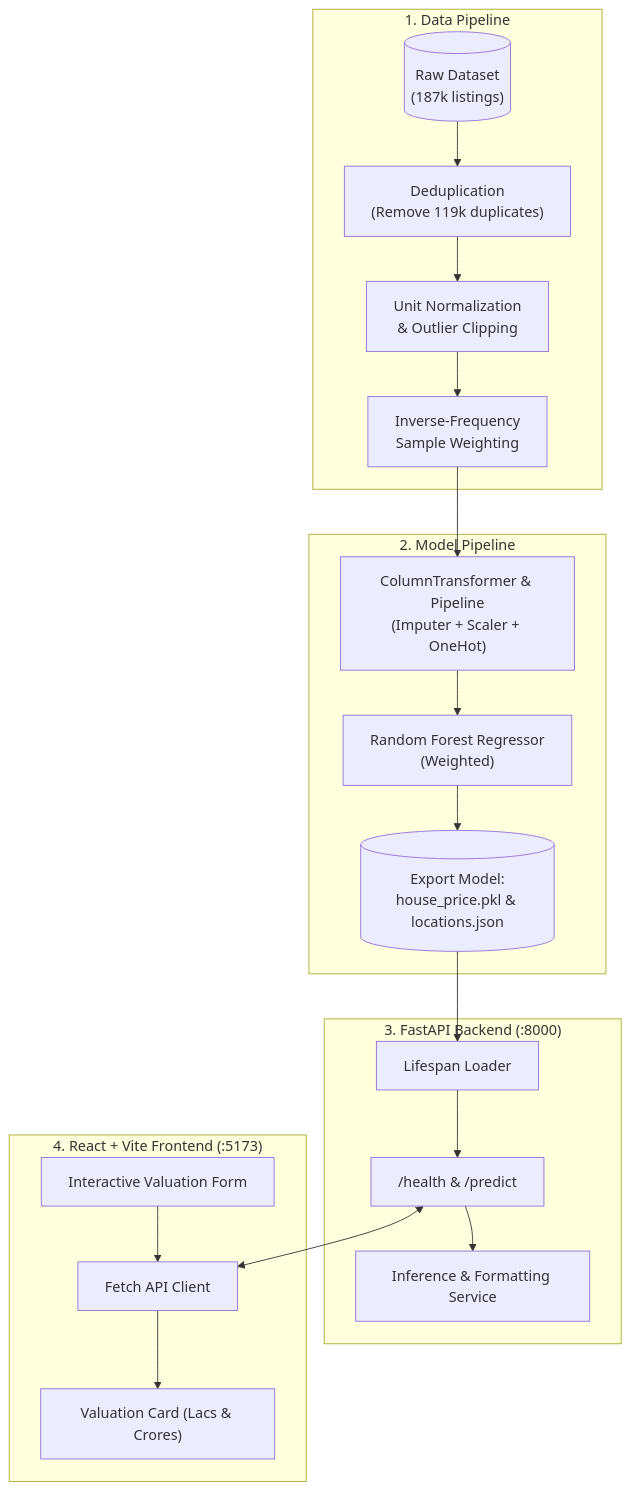
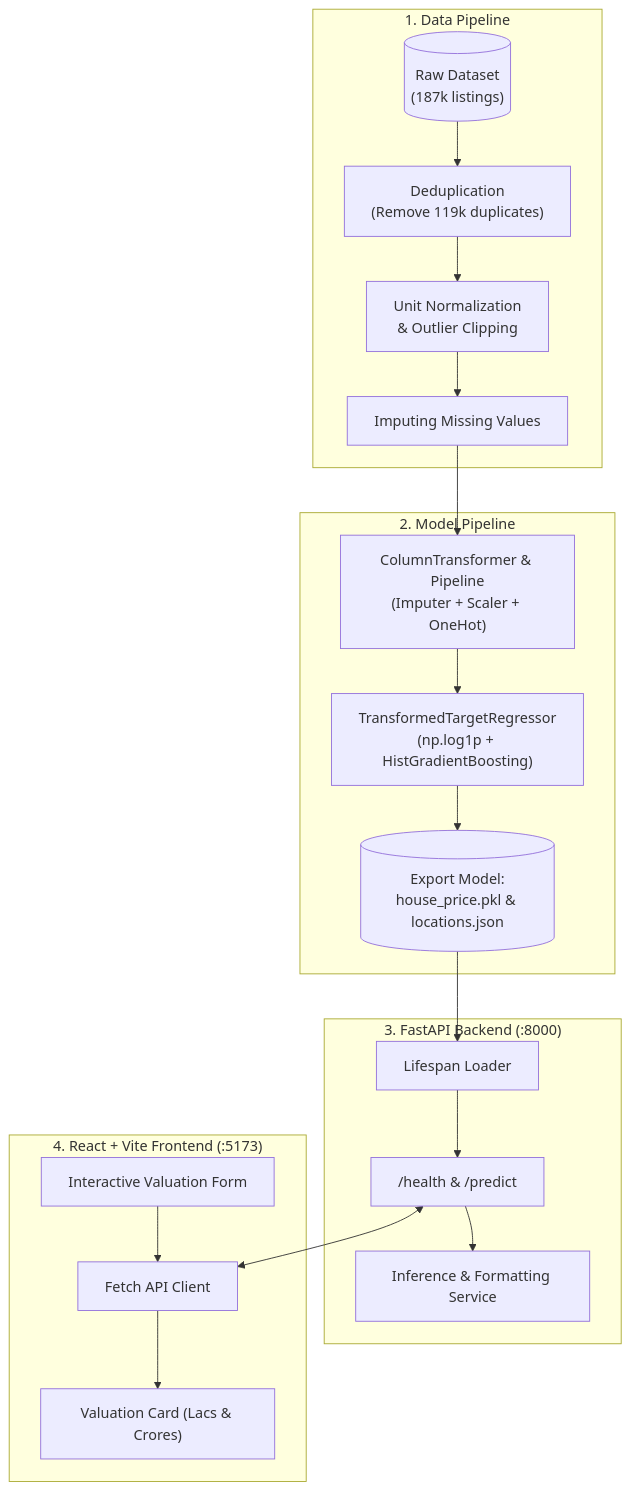
Before and after one commit to mahmoud738738/House-Price-Prediction-ML: the diagram in README.md, drawn with Mermaid. The commit also changed other lines of this file, not shown here.

Commit message:
Update README metrics and diagrams to reflect Log Transformation and HistGradientBoosting

````diff
--- a/README.md
+++ b/README.md
@@ -158,27 +158,27 @@
 ```mermaid
 flowchart TD
     subgraph Data["1. Data Pipeline"]
         Raw[("Raw Dataset\n(187k listings)")] --> Dedup["Deduplication\n(Remove 119k duplicates)"]
         Dedup --> Clean["Unit Normalization\n& Outlier Clipping"]
-        Clean --> Weight["Inverse-Frequency\nSample Weighting"]
+        Clean --> Impute["Imputing Missing Values"]
     end
 
     subgraph ML["2. Model Pipeline"]
-        Weight --> Pipeline["ColumnTransformer & Pipeline\n(Imputer + Scaler + OneHot)"]
-        Pipeline --> RF["Random Forest Regressor\n(Weighted)"]
+        Impute --> Pipeline["ColumnTransformer & Pipeline\n(Imputer + Scaler + OneHot)"]
+        Pipeline --> RF["TransformedTargetRegressor\n(np.log1p + HistGradientBoosting)"]
         RF --> Artifacts[("Export Model:\nhouse_price.pkl & locations.json")]
     end
 
     subgraph Backend["3. FastAPI Backend (:8000)"]
         Artifacts --> Loader["Lifespan Loader"]
         Loader --> Routes["/health & /predict"]
         Routes --> Service["Inference & Formatting Service"]
     end
 
     subgraph Frontend["4. React + Vite Frontend (:5173)"]
         Form["Interactive Valuation Form"] --> API["Fetch API Client"]
         API --> Result["Valuation Card (Lacs & Crores)"]
     end
 
     Routes <--> API
 ```
````
